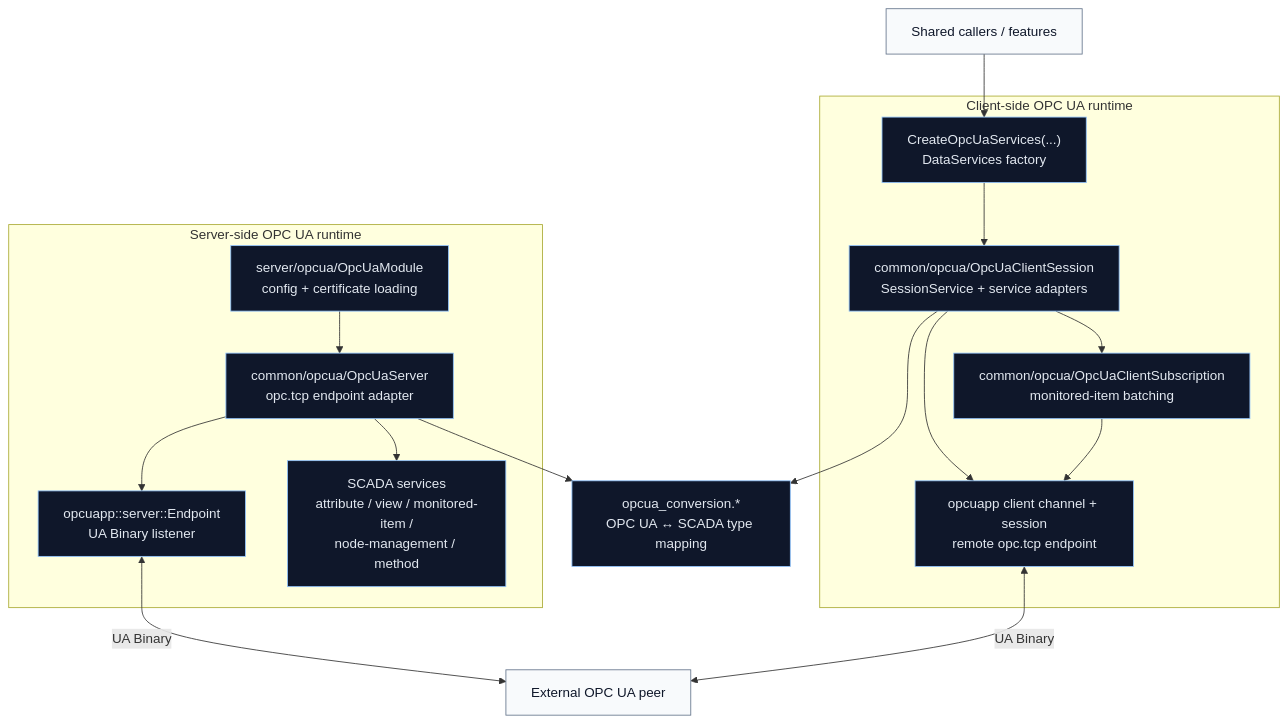
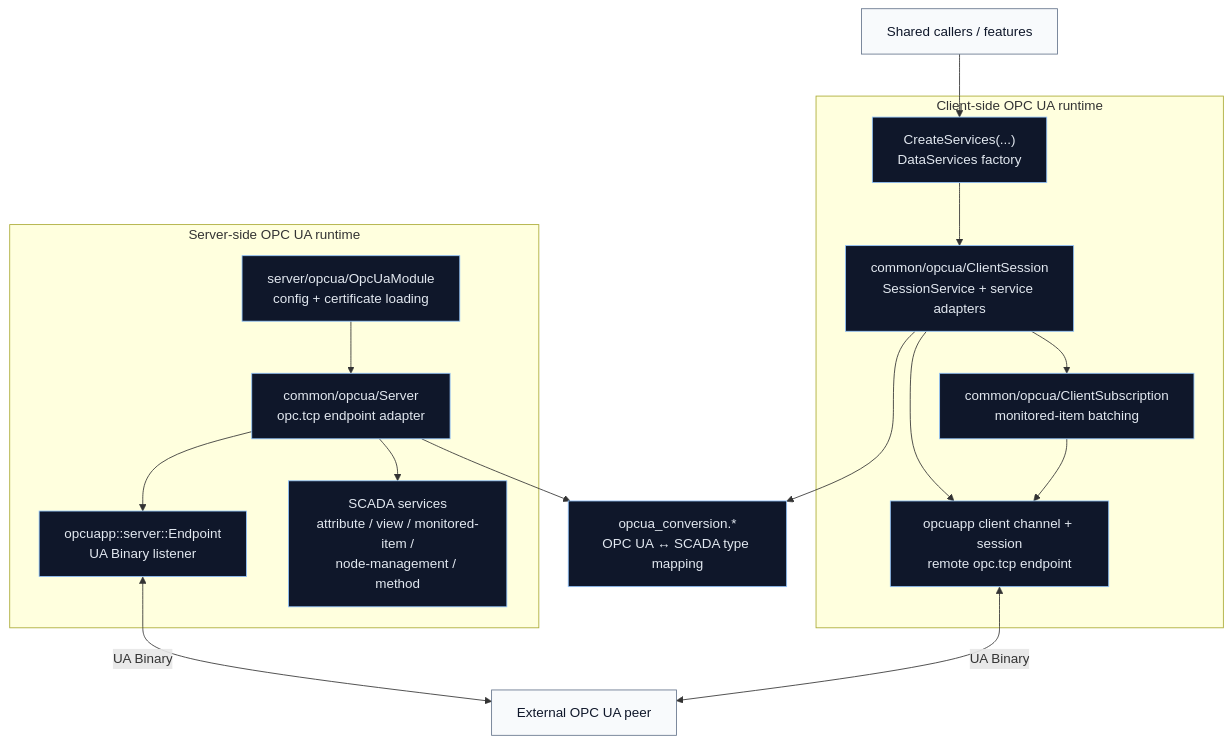
Before and after one commit to alexsmn/scada-common: the diagram in docs/diagrams/opcua_module_overview.mmd, drawn with Mermaid. The commit also changed 100 other files, not shown here.

```diff
--- a/docs/diagrams/opcua_module_overview.mmd
+++ b/docs/diagrams/opcua_module_overview.mmd
@@ -1,37 +1,37 @@
 flowchart TD
     subgraph ServerSide["Server-side OPC UA runtime"]
         Module["server/opcua/OpcUaModule<br/>config + certificate loading"]
-        Server["common/opcua/OpcUaServer<br/>opc.tcp endpoint adapter"]
+        Server["common/opcua/Server<br/>opc.tcp endpoint adapter"]
         Endpoint["opcuapp::server::Endpoint<br/>UA Binary listener"]
         Services["SCADA services<br/>attribute / view / monitored-item /<br/>node-management / method"]
     end
 
     subgraph ClientSide["Client-side OPC UA runtime"]
-        Factory["CreateOpcUaServices(...)<br/>DataServices factory"]
-        Session["common/opcua/OpcUaClientSession<br/>SessionService + service adapters"]
-        Subscription["common/opcua/OpcUaClientSubscription<br/>monitored-item batching"]
+        Factory["CreateServices(...)<br/>DataServices factory"]
+        Session["common/opcua/ClientSession<br/>SessionService + service adapters"]
+        Subscription["common/opcua/ClientSubscription<br/>monitored-item batching"]
         Channel["opcuapp client channel + session<br/>remote opc.tcp endpoint"]
     end
 
     Conversion["opcua_conversion.*<br/>OPC UA ↔ SCADA type mapping"]
     Client["Shared callers / features"]
     UaPeer["External OPC UA peer"]
 
     Module --> Server
     Server --> Endpoint
     Server --> Services
     Server --> Conversion
     Endpoint <-->|UA Binary| UaPeer
 
     Client --> Factory
     Factory --> Session
     Session --> Channel
     Session --> Subscription
     Session --> Conversion
     Subscription --> Channel
     Channel <-->|UA Binary| UaPeer
 
     classDef runtime fill:#0f172a,stroke:#93c5fd,color:#e2e8f0
     classDef external fill:#f8fafc,stroke:#64748b,color:#0f172a
     class Module,Server,Endpoint,Services,Factory,Session,Subscription,Channel,Conversion runtime
     class Client,UaPeer external
```
